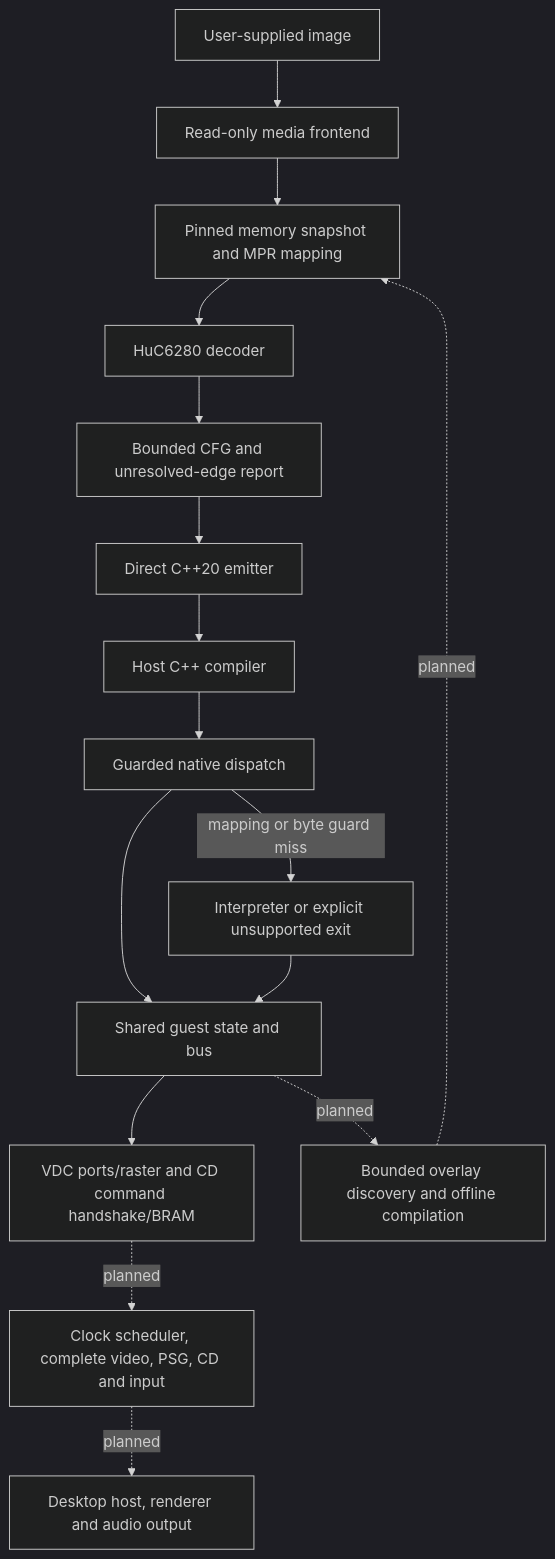
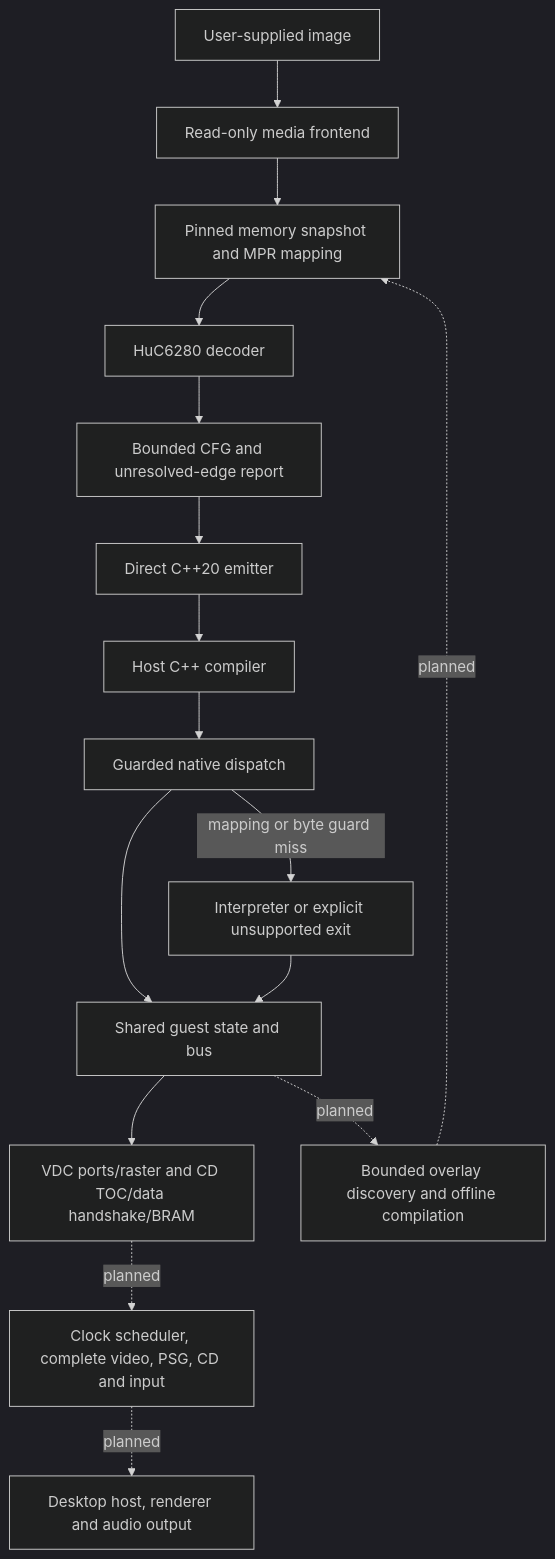
Before and after one commit to rages4calm/pcenginerecomp: the diagram in docs/ARCHITECTURE.md, drawn with Mermaid (dark theme). The commit also changed other lines of this file and 27 other files, not shown here.

Commit message:
Implement CD TOC metadata responses and DATA IN transfers

````diff
--- a/docs/ARCHITECTURE.md
+++ b/docs/ARCHITECTURE.md
@@ -9,18 +9,18 @@
 ```mermaid
 flowchart TD
   Image[User-supplied image] --> Media[Read-only media frontend]
   Media --> Snapshot[Pinned memory snapshot and MPR mapping]
   Snapshot --> Decode[HuC6280 decoder]
   Decode --> CFG[Bounded CFG and unresolved-edge report]
   CFG --> Emit[Direct C++20 emitter]
   Emit --> Compiler[Host C++ compiler]
   Compiler --> Native[Guarded native dispatch]
   Native --> Bus[Shared guest state and bus]
   Native -->|mapping or byte guard miss| Fallback[Interpreter or explicit unsupported exit]
   Fallback --> Bus
-  Bus --> Profiles[VDC ports/raster and CD command handshake/BRAM]
+  Bus --> Profiles[VDC ports/raster and CD TOC/data handshake/BRAM]
   Profiles -. planned .-> Devices[Clock scheduler, complete video, PSG, CD and input]
   Devices -. planned .-> Host[Desktop host, renderer and audio output]
   Bus -. planned .-> Capture[Bounded overlay discovery and offline compilation]
   Capture -. planned .-> Snapshot
 ```
````
